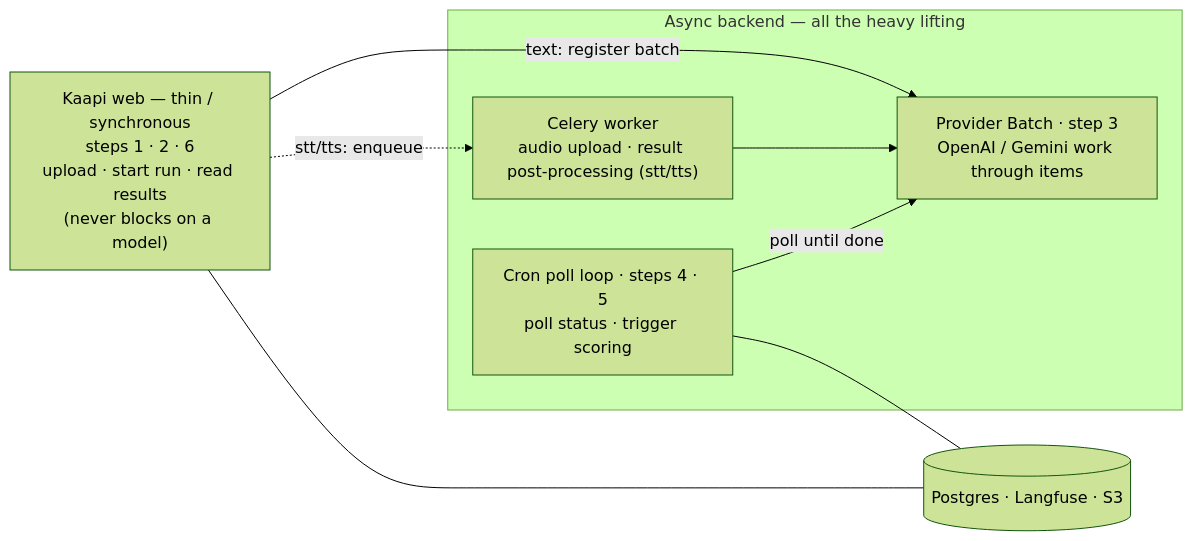
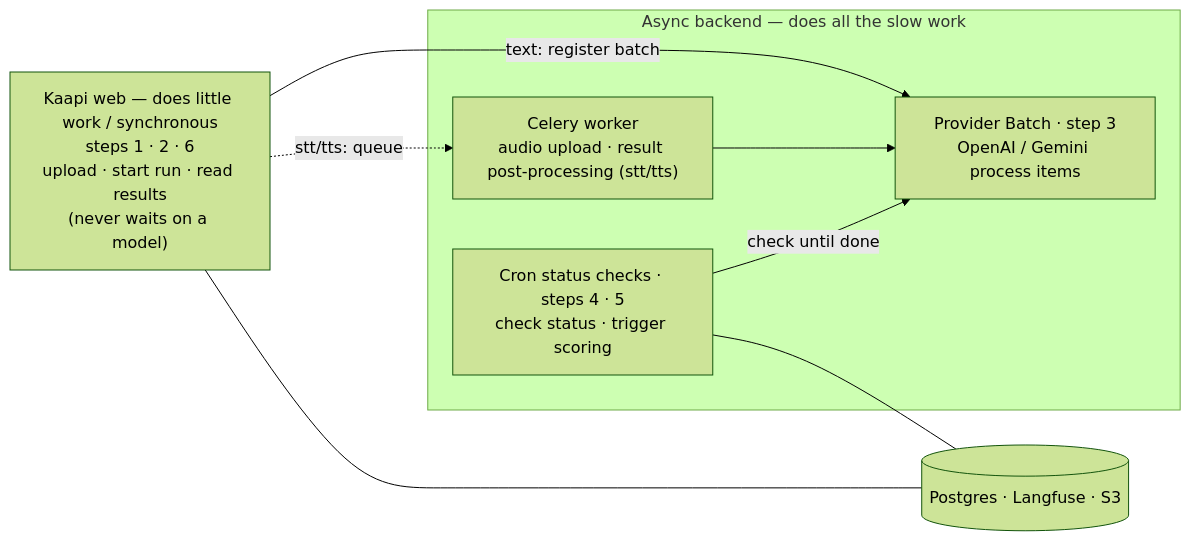
The second of 10 diagrams in docs/architecture/kaapi-evaluations-ARCHITECTURE.md (ProjectTech4DevAI/kaapi-backend), drawn with Mermaid (forest theme) before and after one commit. The commit also changed other lines of this file, not shown here.

````diff
--- a/docs/architecture/kaapi-evaluations-ARCHITECTURE.md
+++ b/docs/architecture/kaapi-evaluations-ARCHITECTURE.md
@@ -79,19 +87,19 @@
 ```mermaid
 flowchart LR
-    Web["Kaapi web — thin / synchronous\nsteps 1 · 2 · 6\nupload · start run · read results\n(never blocks on a model)"]
+    Web["Kaapi web — does little work / synchronous\nsteps 1 · 2 · 6\nupload · start run · read results\n(never waits on a model)"]
 
-    subgraph Async["Async backend — all the heavy lifting"]
-        Prov["Provider Batch · step 3\nOpenAI / Gemini work through items"]
-        Cron["Cron poll loop · steps 4 · 5\npoll status · trigger scoring"]
+    subgraph Async["Async backend — does all the slow work"]
+        Prov["Provider Batch · step 3\nOpenAI / Gemini process items"]
+        Cron["Cron status checks · steps 4 · 5\ncheck status · trigger scoring"]
         Cel["Celery worker\naudio upload · result post-processing (stt/tts)"]
     end
 
     Store[("Postgres · Langfuse · S3")]
 
     Web -- "text: register batch" --> Prov
-    Web -. "stt/tts: enqueue" .-> Cel
+    Web -. "stt/tts: queue" .-> Cel
     Cel --> Prov
-    Cron -- "poll until done" --> Prov
+    Cron -- "check until done" --> Prov
     Web --- Store
     Cron --- Store
 ```
````
